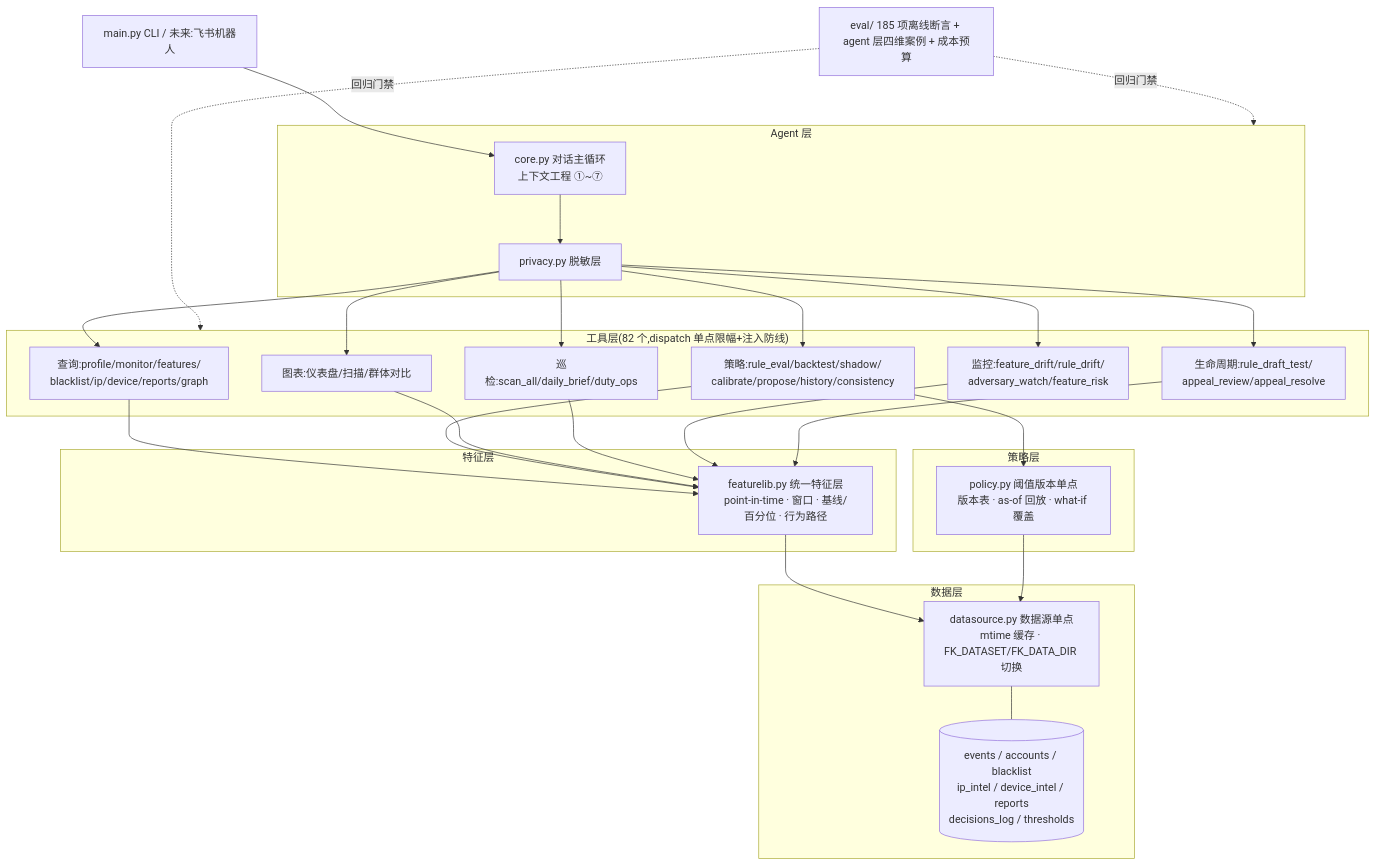
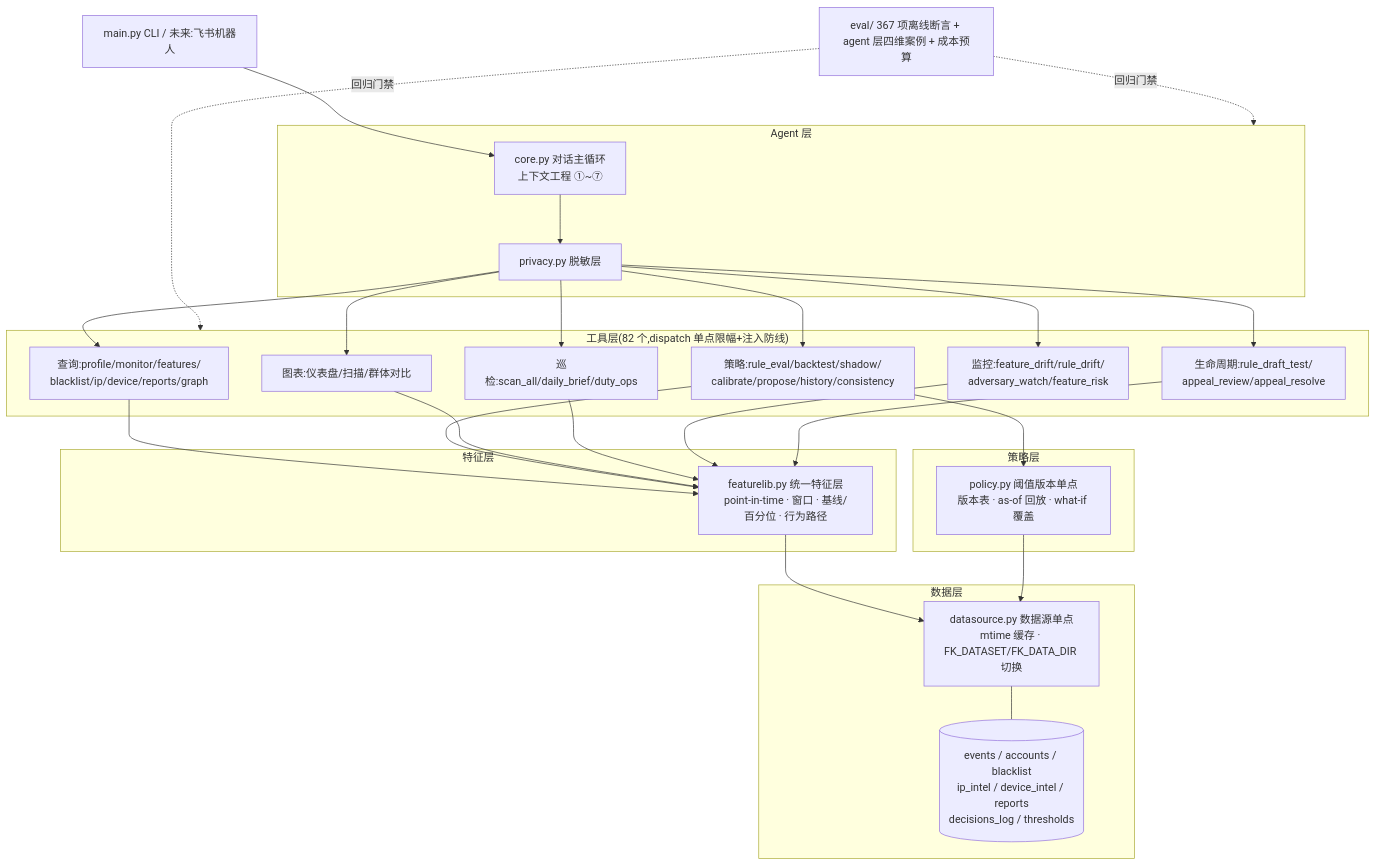
Before and after one commit to 1494389516/fengkong-agent: the diagram in README.md, drawn with Mermaid. The commit also changed other lines of this file and 12 other files, not shown here.

````diff
--- a/README.md
+++ b/README.md
@@ -66,31 +69,31 @@
 ```mermaid
 flowchart TB
     subgraph 数据层
         DS[datasource.py 数据源单点<br/>mtime 缓存 · FK_DATASET/FK_DATA_DIR 切换]
         D1[(events / accounts / blacklist<br/>ip_intel / device_intel / reports<br/>decisions_log / thresholds)]
         DS --- D1
     end
     subgraph 策略层
         POL[policy.py 阈值版本单点<br/>版本表 · as-of 回放 · what-if 覆盖]
     end
     subgraph 特征层
         FL[featurelib.py 统一特征层<br/>point-in-time · 窗口 · 基线/百分位 · 行为路径]
     end
     subgraph 工具层["工具层(82 个,dispatch 单点限幅+注入防线)"]
         T1[查询:profile/monitor/features/<br/>blacklist/ip/device/reports/graph]
         T2[策略:rule_eval/backtest/shadow/<br/>calibrate/propose/history/consistency]
         T3[图表:仪表盘/扫描/群体对比]
         T4[巡检:scan_all/daily_brief/duty_ops]
         T5[监控:feature_drift/rule_drift/<br/>adversary_watch/feature_risk]
         T6[生命周期:rule_draft_test/<br/>appeal_review/appeal_resolve]
     end
     subgraph AGENT["Agent 层"]
         CORE[core.py 对话主循环<br/>上下文工程 ①~⑦]
         PRIV[privacy.py 脱敏层]
     end
     CLI[main.py CLI / 未来:飞书机器人] --> CORE
     CORE --> PRIV --> T1 & T2 & T3 & T4 & T5 & T6
     T1 & T2 & T3 & T4 & T5 & T6 --> FL --> DS
     T2 --> POL --> DS
-    EVAL[eval/ 185 项离线断言 + agent 层四维案例 + 成本预算] -. 回归门禁 .-> 工具层 & AGENT
+    EVAL[eval/ 367 项离线断言 + agent 层四维案例 + 成本预算] -. 回归门禁 .-> 工具层 & AGENT
 ```
````
